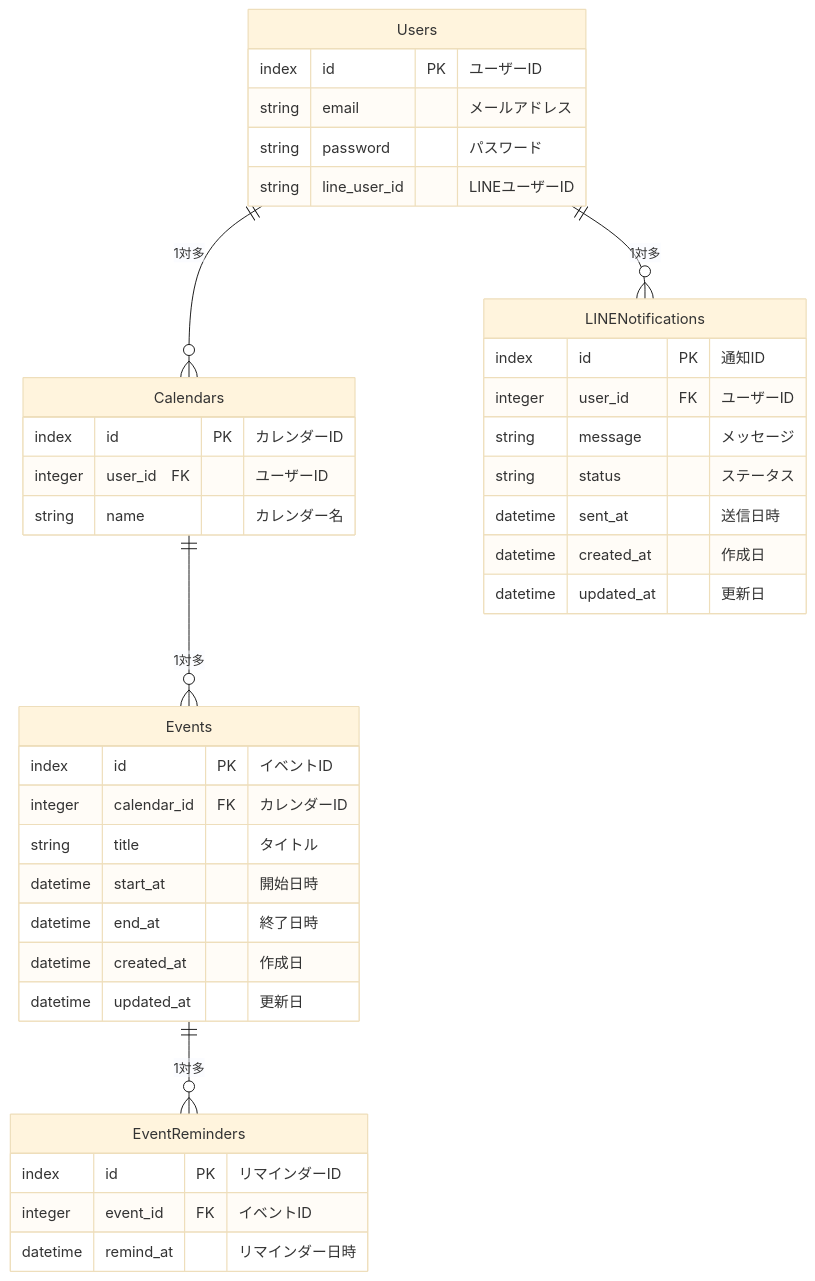
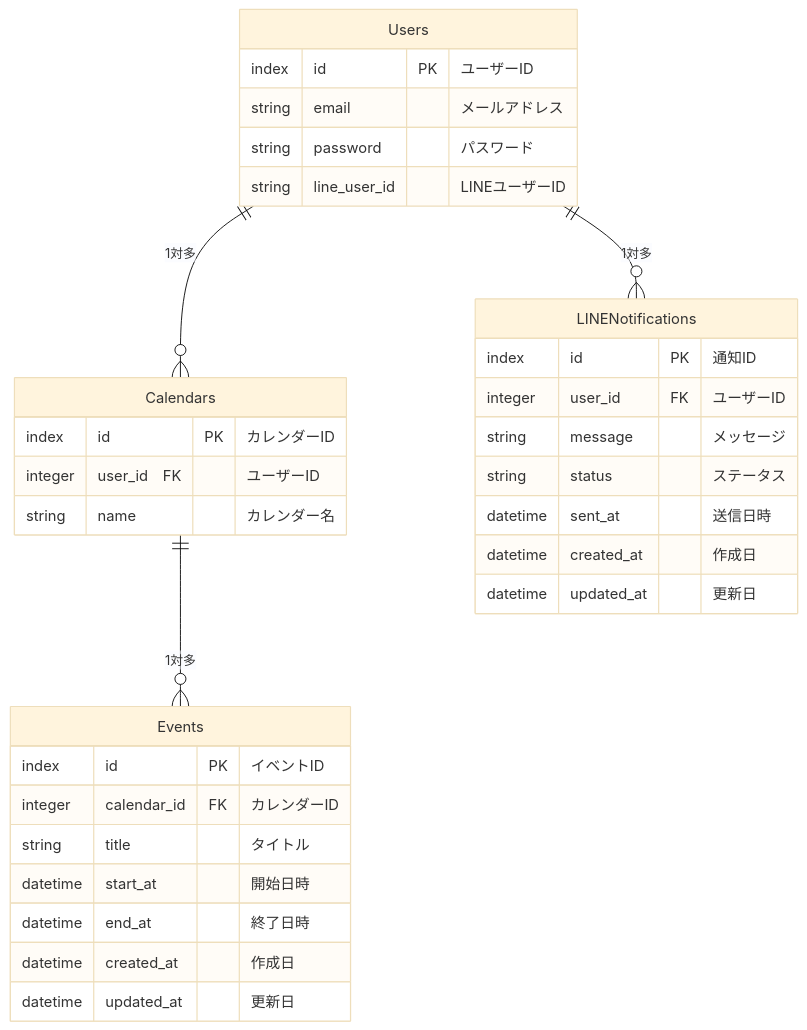
One commit to miyaki2003/README changed the diagram in mermaid.md. Above: the diagram before and after it, drawn with Mermaid (base theme). The commit also changed 70 other files, not shown here.

````diff
--- a/mermaid.md
+++ b/mermaid.md
@@ -1,46 +1,39 @@
 ```mermaid
 erDiagram
   Users ||--o{ Calendars : "1対多"
   Calendars ||--o{ Events : "1対多"
-  Events ||--o{ EventReminders : "1対多"
   Users ||--o{ LINENotifications : "1対多"
 
     Users {
       index id PK "ユーザーID"
       string email "メールアドレス"
       string password "パスワード"
       string line_user_id "LINEユーザーID"
     }
 
     Calendars {
       index id PK "カレンダーID"
       integer user_id　FK "ユーザーID"
       string name "カレンダー名"
     }
 
     Events {
       index id PK "イベントID"
       integer calendar_id FK "カレンダーID"
       string title "タイトル"
       datetime start_at "開始日時"
       datetime end_at "終了日時"
       datetime created_at "作成日"
       datetime updated_at "更新日"
   }
 
-    EventReminders {
-      index id PK "リマインダーID"
-      integer event_id FK "イベントID"
-      datetime remind_at "リマインダー日時"
-    }
-
     LINENotifications {
       index id PK "通知ID"
       integer user_id FK "ユーザーID"
       string message "メッセージ"
       string status "ステータス"
       datetime sent_at "送信日時"
       datetime created_at "作成日"
       datetime updated_at "更新日"
     }
 ```
````
